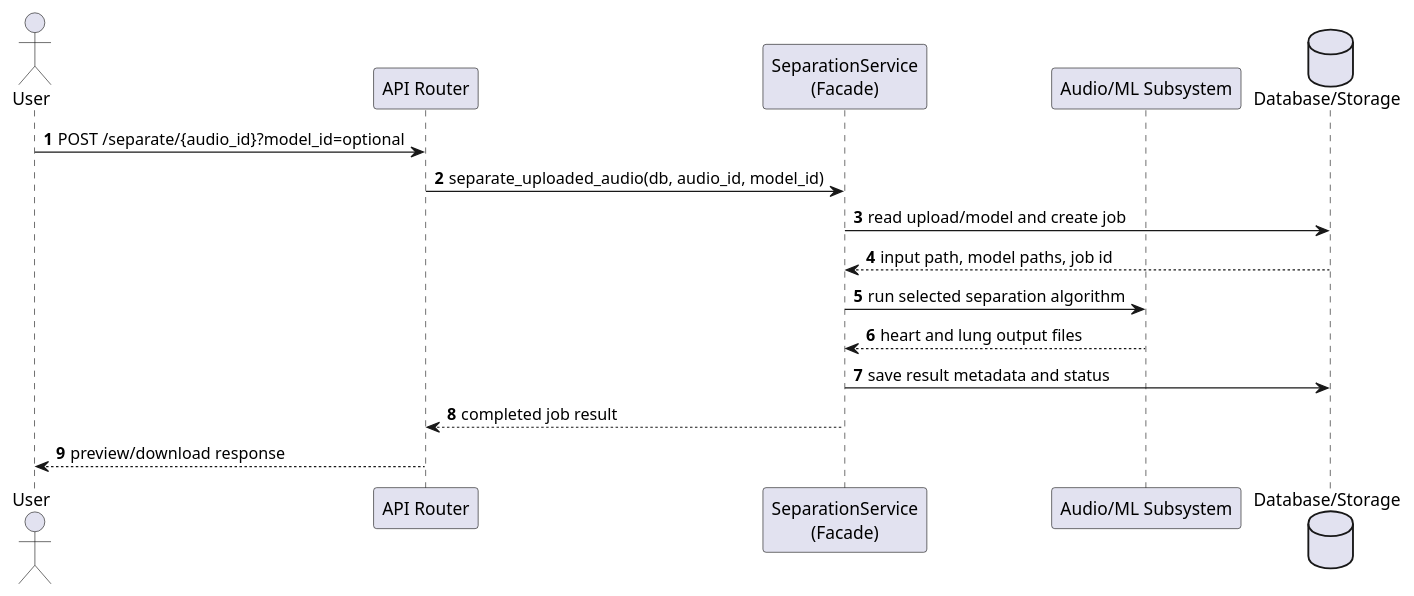
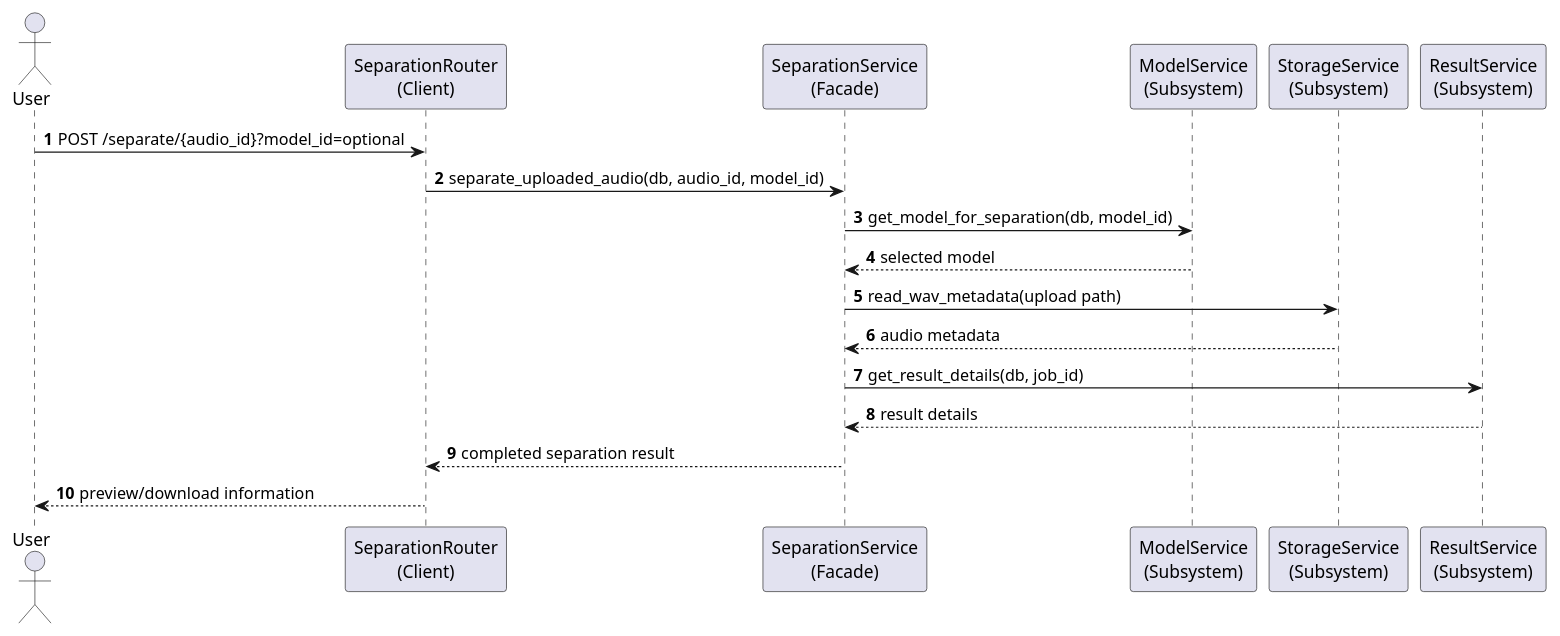
The diagram in docs/software_design_report/diagrams/puml/facade_sequence.puml (ASHRAF-2004/Machine-Learning-Based-System-for-Cardiopulmonary-Sound-Separation), drawn with PlantUML before and after one commit. The commit also changed 10 other files, not shown here.

Commit message:
Align facade pattern roles with class diagram

```diff
--- a/docs/software_design_report/diagrams/puml/facade_sequence.puml
+++ b/docs/software_design_report/diagrams/puml/facade_sequence.puml
@@ -1,25 +1,28 @@
 @startuml
 ' Facade Pattern sequence diagram.
 ' Suggested LaTeX placement: normal page.
 
 skinparam shadowing false
 autonumber
 
 actor User
-participant "API Router" as Router
+participant "SeparationRouter\n(Client)" as Router
 participant "SeparationService\n(Facade)" as Service
-participant "Audio/ML Subsystem" as ML
-database "Database/Storage" as Persistence
+participant "ModelService\n(Subsystem)" as ModelService
+participant "StorageService\n(Subsystem)" as StorageService
+participant "ResultService\n(Subsystem)" as ResultService
 
 User -> Router : POST /separate/{audio_id}?model_id=optional
 Router -> Service : separate_uploaded_audio(db, audio_id, model_id)
 
-Service -> Persistence : read upload/model and create job
-Persistence --> Service : input path, model paths, job id
-Service -> ML : run selected separation algorithm
-ML --> Service : heart and lung output files
-Service -> Persistence : save result metadata and status
-Service --> Router : completed job result
-Router --> User : preview/download response
+Service -> ModelService : get_model_for_separation(db, model_id)
+ModelService --> Service : selected model
+Service -> StorageService : read_wav_metadata(upload path)
+StorageService --> Service : audio metadata
+Service -> ResultService : get_result_details(db, job_id)
+ResultService --> Service : result details
+
+Service --> Router : completed separation result
+Router --> User : preview/download information
 
 @enduml
```
